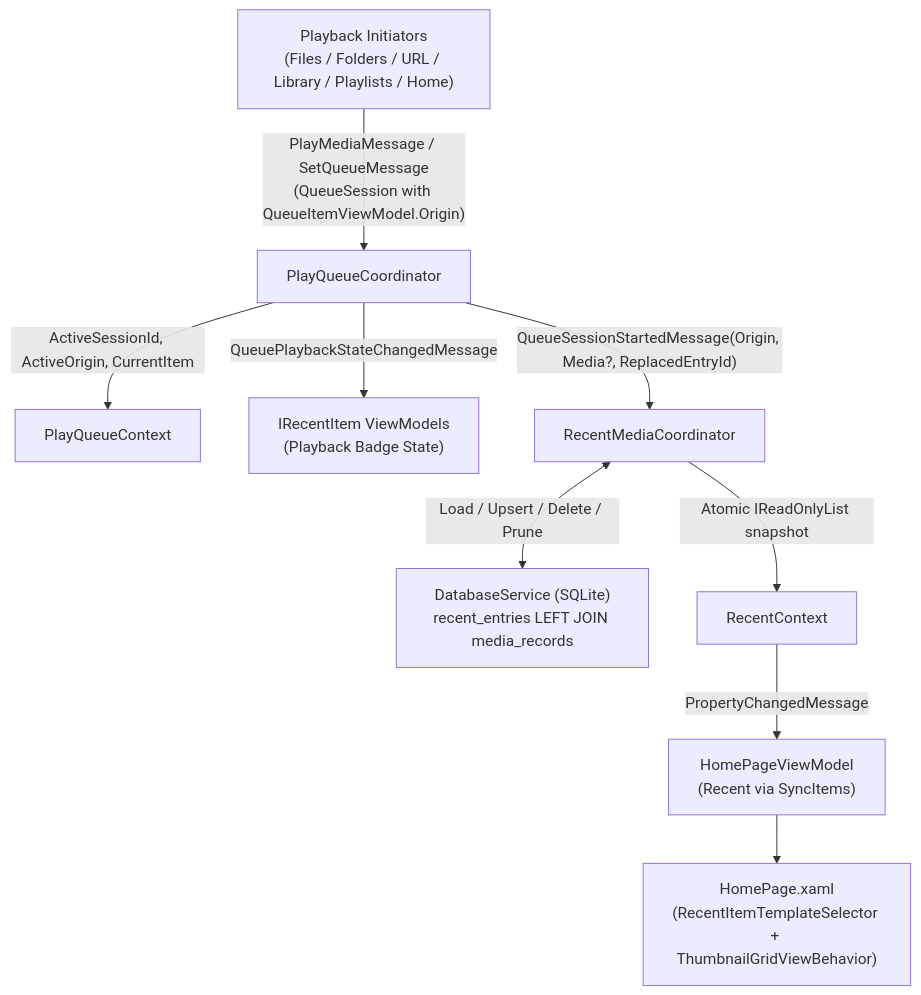
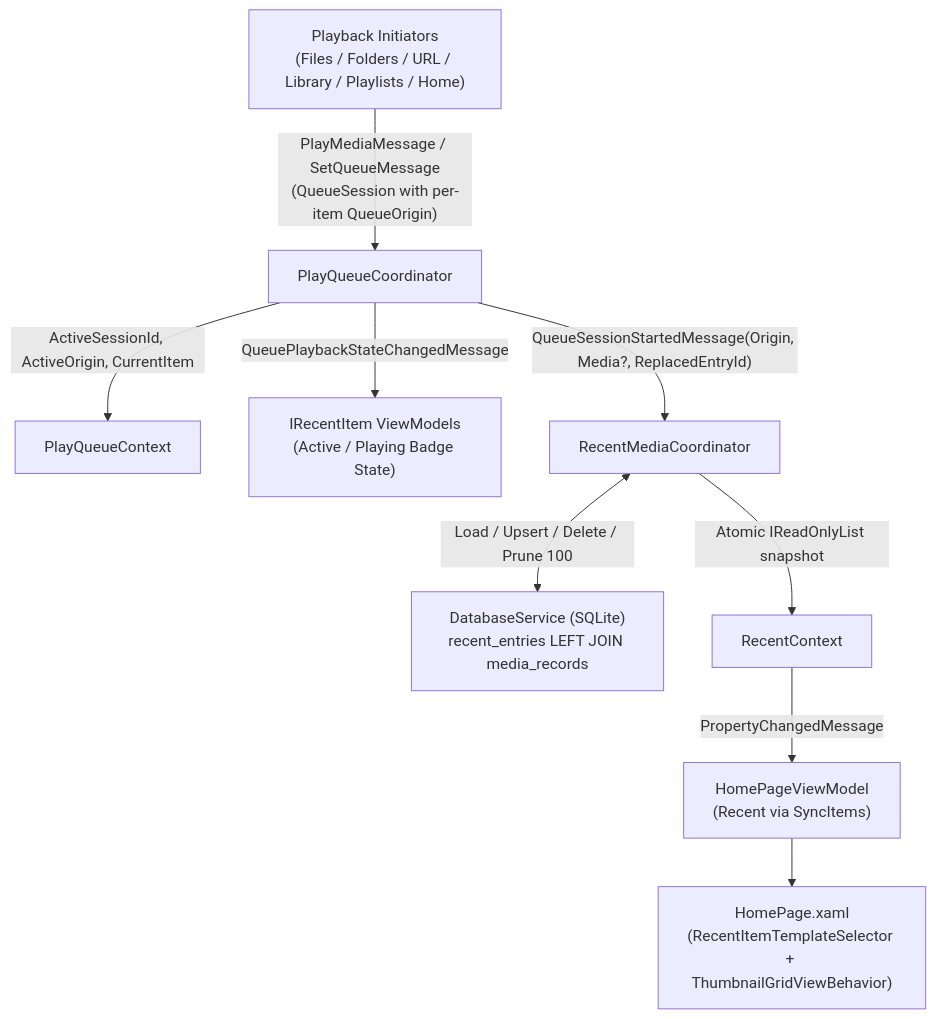
The diagram in docs/RECENT_MEDIA_TRACKING.md (huynhsontung/Screenbox), drawn with Mermaid before and after one commit. The commit also changed other lines of this file, not shown here.

Commit message:
docs(recent): refine recent media tracking doc with design rationale

````diff
--- a/docs/RECENT_MEDIA_TRACKING.md
+++ b/docs/RECENT_MEDIA_TRACKING.md
@@ -11,11 +21,11 @@
 ```mermaid
 flowchart TD
-    Initiators["Playback Initiators\n(Files / Folders / URL / Library / Playlists / Home)"] -->|"PlayMediaMessage / SetQueueMessage\n(QueueSession with QueueItemViewModel.Origin)"| PQC["PlayQueueCoordinator"]
+    Initiators["Playback Initiators\n(Files / Folders / URL / Library / Playlists / Home)"] -->|"PlayMediaMessage / SetQueueMessage\n(QueueSession with per-item QueueOrigin)"| PQC["PlayQueueCoordinator"]
     PQC -->|"ActiveSessionId, ActiveOrigin, CurrentItem"| PQContext["PlayQueueContext"]
-    PQC -->|"QueuePlaybackStateChangedMessage"| Cards["IRecentItem ViewModels\n(Playback Badge State)"]
+    PQC -->|"QueuePlaybackStateChangedMessage"| Cards["IRecentItem ViewModels\n(Active / Playing Badge State)"]
     PQC -->|"QueueSessionStartedMessage(Origin, Media?, ReplacedEntryId)"| RMC["RecentMediaCoordinator"]
-    RMC <-->|"Load / Upsert / Delete / Prune"| DB["DatabaseService (SQLite)\nrecent_entries LEFT JOIN media_records"]
+    RMC <-->|"Load / Upsert / Delete / Prune 100"| DB["DatabaseService (SQLite)\nrecent_entries LEFT JOIN media_records"]
     RMC -->|"Atomic IReadOnlyList<IRecentItem> snapshot"| RContext["RecentContext"]
     RContext -->|"PropertyChangedMessage"| HPVM["HomePageViewModel\n(Recent via SyncItems)"]
     HPVM --> HP["HomePage.xaml\n(RecentItemTemplateSelector + ThumbnailGridViewBehavior)"]
 ```
````
